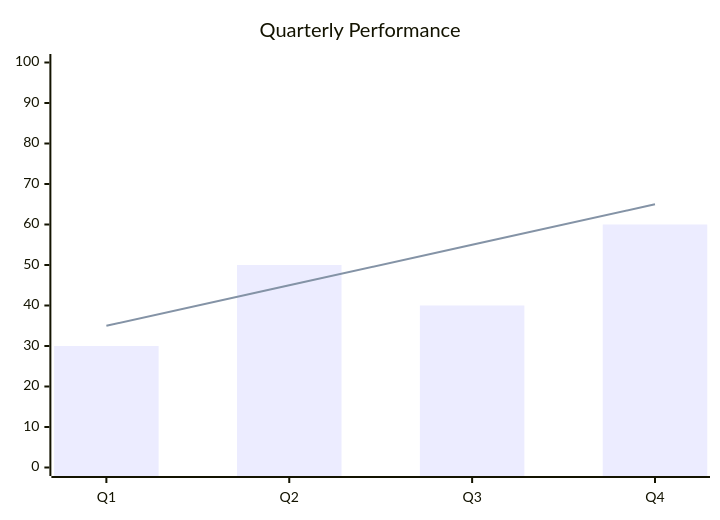
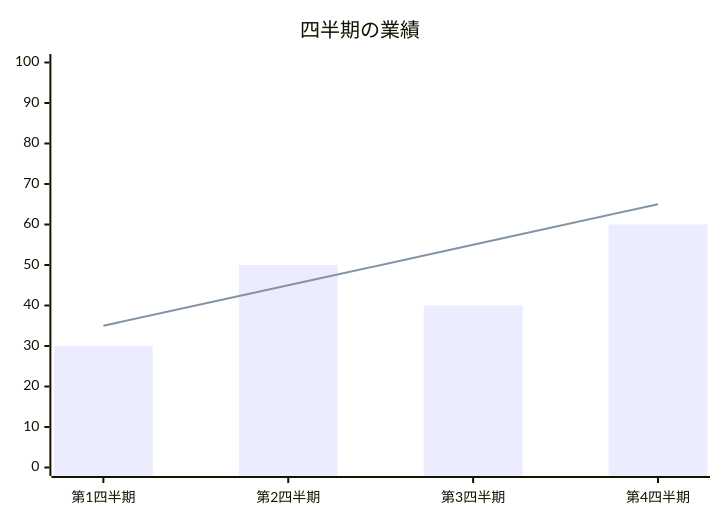
One commit to kohdice/mp-rs changed diagram 28 of 29 in examples/EXAMPLE_ja.md. Above: the diagram before and after it, drawn with Mermaid. The commit also changed other lines of this file and 1 other file, not shown here.

````diff
--- a/examples/EXAMPLE_ja.md
+++ b/examples/EXAMPLE_ja.md
@@ -421,8 +606,8 @@
 ```mermaid
 xychart
-title "Quarterly Performance"
-x-axis ["Q1", "Q2", "Q3", "Q4"]
+title "四半期の業績"
+x-axis ["第1四半期", "第2四半期", "第3四半期", "第4四半期"]
 y-axis 0 --> 100
 bar [30, 50, 40, 60]
 line [35, 45, 55, 65]
 ```
````
